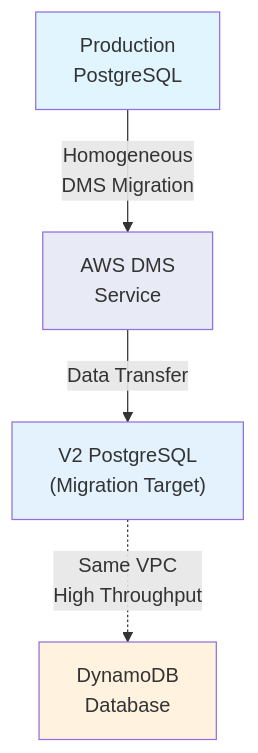
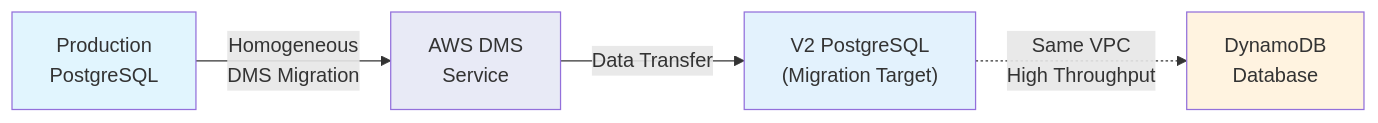
The second of 8 diagrams in monymony/README.md (ghojeong/resume), drawn with Mermaid before and after one commit. The commit also changed other lines of this file, not shown here.

````diff
--- a/monymony/README.md
+++ b/monymony/README.md
@@ -55,16 +55,16 @@
 ```mermaid
-graph TD
+graph LR
     PSQL_PROD["Production<br/>PostgreSQL"]
     DMS["AWS DMS<br/>Service"]
     PSQL_V2["V2 PostgreSQL<br/>(Migration Target)"]
     DDB["DynamoDB<br/>Database"]
     
     PSQL_PROD -->|"Homogeneous<br/>DMS Migration"| DMS
     DMS -->|"Data Transfer"| PSQL_V2
     PSQL_V2 -.->|"Same VPC<br/>High Throughput"| DDB
     
     style PSQL_PROD fill:#e1f5fe
     style PSQL_V2 fill:#e3f2fd
     style DMS fill:#e8eaf6
     style DDB fill:#fff3e0
 ```
````
